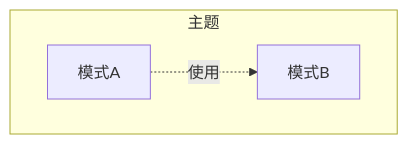
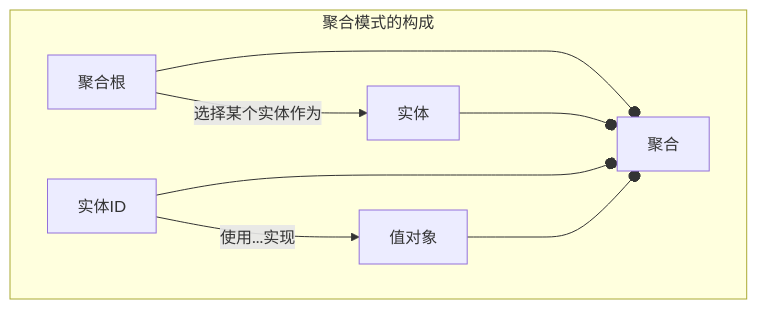
One commit to lordking/lordking.github.io changed the third of 12 diagrams in docs/ddd/:category/:year-:month-:day-:title.md. Above: the diagram before and after it, drawn with Mermaid. The commit also changed other lines of this file, not shown here.

````diff
--- a/docs/ddd/:category/:year-:month-:day-:title.md
+++ b/docs/ddd/:category/:year-:month-:day-:title.md
@@ -65,7 +67,9 @@
 ```mermaid
 flowchart
-	subgraph 主题
+	subgraph 聚合模式的构成
 		direction LR
-		模式A -.-> |使用| 模式B
-	end
+		实体 & 值对象 & 聚合根 & 实体ID ---o 聚合
+		聚合根 --> |选择某个实体作为| 实体
+		实体ID --> |使用...实现| 值对象
+  end
 ```
````
